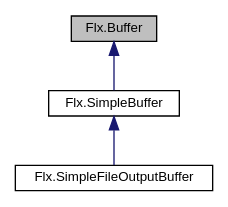
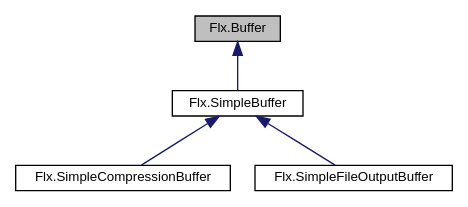
The diagram in python/doc/classFlx_1_1Buffer__inherit__graph.dot (toem/flux), drawn with Graphviz before and after one commit. The commit also changed 176 other files, not shown here.

```diff
--- a/python/doc/classFlx_1_1Buffer__inherit__graph.dot
+++ b/python/doc/classFlx_1_1Buffer__inherit__graph.dot
@@ -1,11 +1,13 @@
 digraph "Flx.Buffer"
 {
  // LATEX_PDF_SIZE
   edge [fontname="Helvetica",fontsize="10",labelfontname="Helvetica",labelfontsize="10"];
   node [fontname="Helvetica",fontsize="10",shape=record];
   Node1 [label="Flx.Buffer",height=0.2,width=0.4,color="black", fillcolor="grey75", style="filled", fontcolor="black",tooltip=" "];
   Node1 -> Node2 [dir="back",color="midnightblue",fontsize="10",style="solid",fontname="Helvetica"];
   Node2 [label="Flx.SimpleBuffer",height=0.2,width=0.4,color="black", fillcolor="white", style="filled",URL="$classFlx_1_1SimpleBuffer.html",tooltip=" "];
   Node2 -> Node3 [dir="back",color="midnightblue",fontsize="10",style="solid",fontname="Helvetica"];
-  Node3 [label="Flx.SimpleFileOutputBuffer",height=0.2,width=0.4,color="black", fillcolor="white", style="filled",URL="$classFlx_1_1SimpleFileOutputBuffer.html",tooltip=" "];
+  Node3 [label="Flx.SimpleCompressionBuffer",height=0.2,width=0.4,color="black", fillcolor="white", style="filled",URL="$classFlx_1_1SimpleCompressionBuffer.html",tooltip=" "];
+  Node2 -> Node4 [dir="back",color="midnightblue",fontsize="10",style="solid",fontname="Helvetica"];
+  Node4 [label="Flx.SimpleFileOutputBuffer",height=0.2,width=0.4,color="black", fillcolor="white", style="filled",URL="$classFlx_1_1SimpleFileOutputBuffer.html",tooltip=" "];
 }
```
